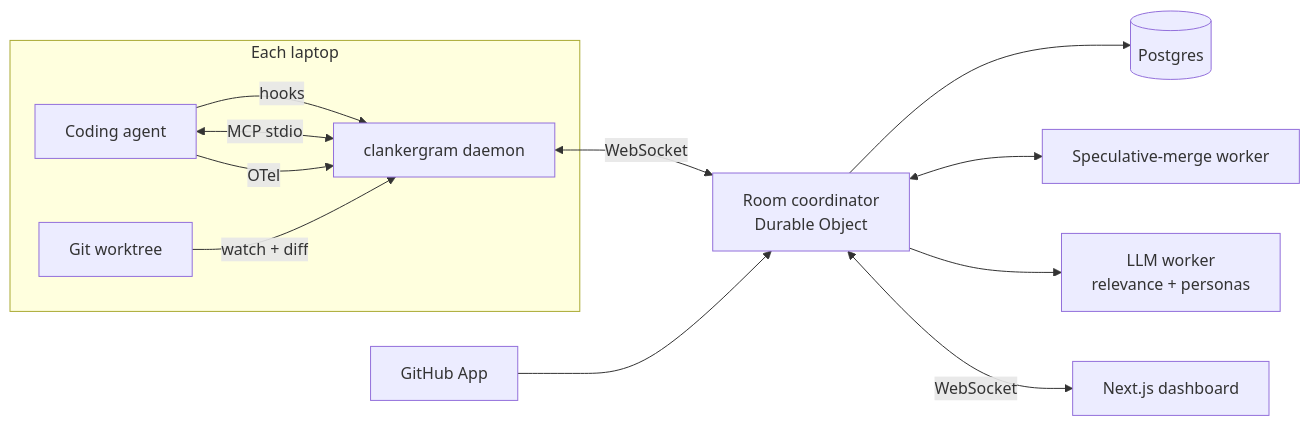
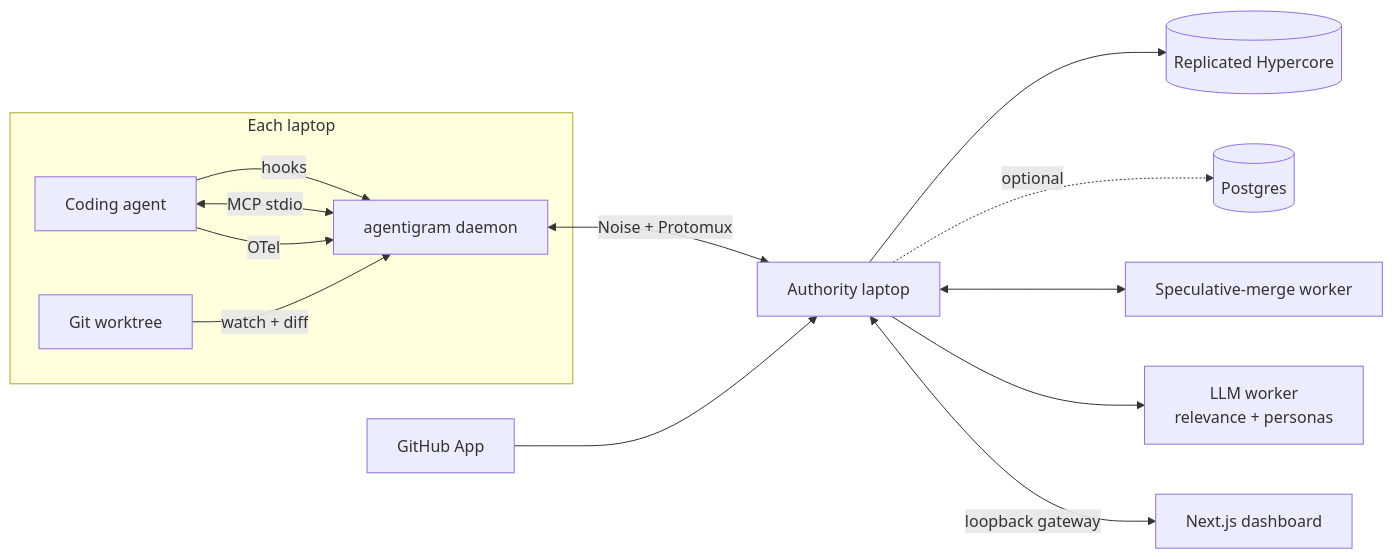
The first of 3 diagrams in spec.md (ParthB21/agentigram), drawn with Mermaid before and after one commit. The commit also changed other lines of this file and 146 other files, not shown here.

````diff
--- a/spec.md
+++ b/spec.md
@@ -101,15 +104,16 @@
 ```mermaid
 flowchart LR
   subgraph Laptop["Each laptop"]
-    A[Coding agent] -->|hooks| D[clankergram daemon]
+    A[Coding agent] -->|hooks| D[agentigram daemon]
     A <-->|MCP stdio| D
     A -->|OTel| D
     W[Git worktree] -->|watch + diff| D
   end
-  D <-->|WebSocket| R[Room coordinator<br/>Durable Object]
-  R --> P[(Postgres)]
+  D <-->|Noise + Protomux| R[Authority laptop]
+  R --> H[(Replicated Hypercore)]
+  R -. optional .-> P[(Postgres)]
   R <--> S[Speculative-merge worker]
   R --> L[LLM worker<br/>relevance + personas]
   G[GitHub App] --> R
-  R <-->|WebSocket| UI[Next.js dashboard]
+  R <-->|loopback gateway| UI[Next.js dashboard]
 ```
````
